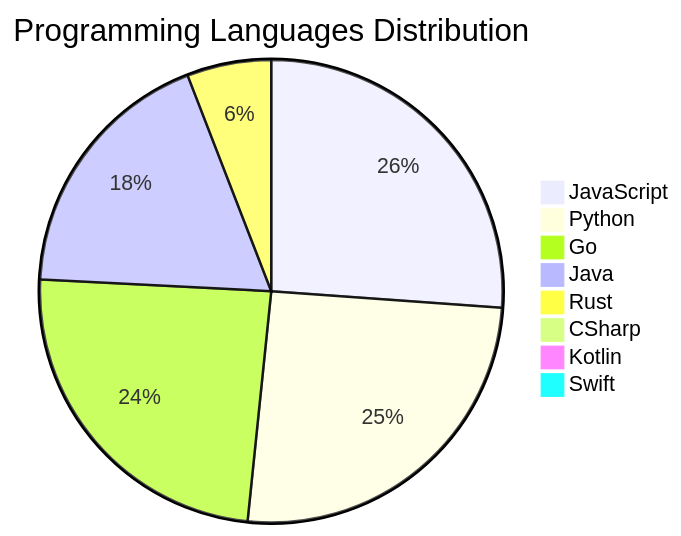
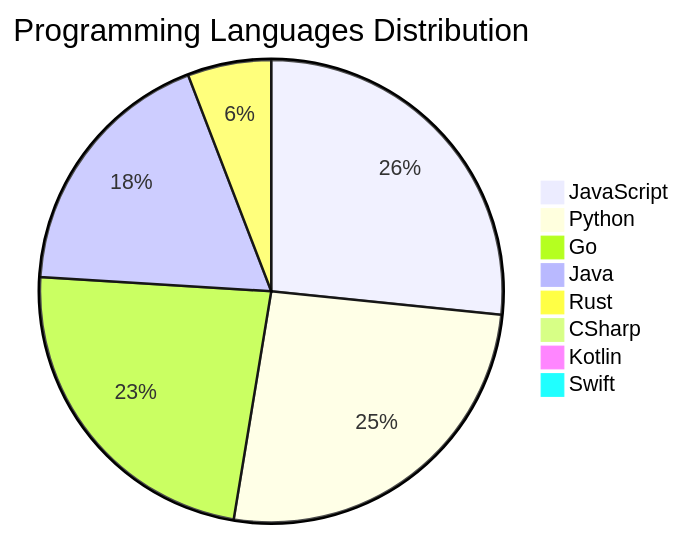
Before and after one commit to Derrick-MUGISHA/github-activity-bot: the diagram in README.md, drawn with Mermaid. The commit also changed other lines of this file and 4 other files, not shown here.

````diff
--- a/README.md
+++ b/README.md
@@ -208,11 +208,11 @@
 ```mermaid
 pie title Programming Languages Distribution
-    "JavaScript" : 40
-    "Python" : 39
-    "Go" : 37
+    "JavaScript" : 41
+    "Python" : 40
+    "Go" : 36
     "Java" : 28
     "Rust" : 9
     "CSharp" : 1
     "Kotlin" : 1
     "Swift" : 1
 ```
````
